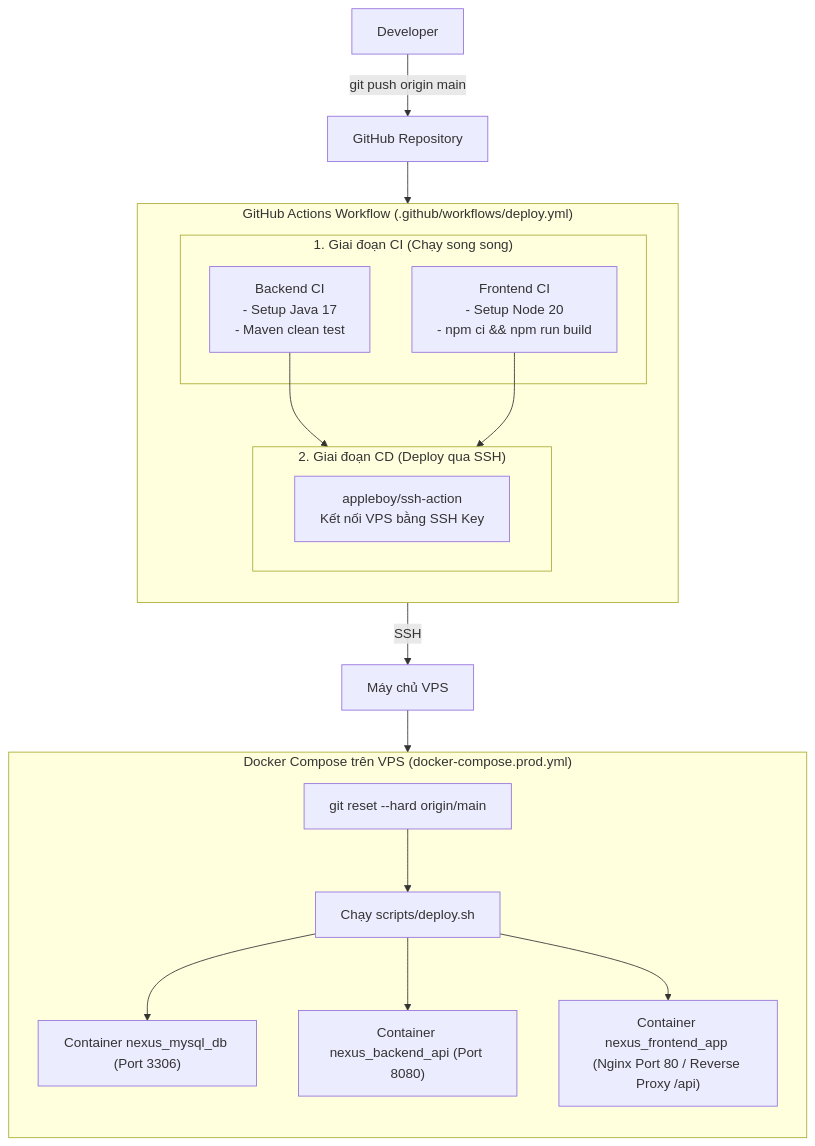
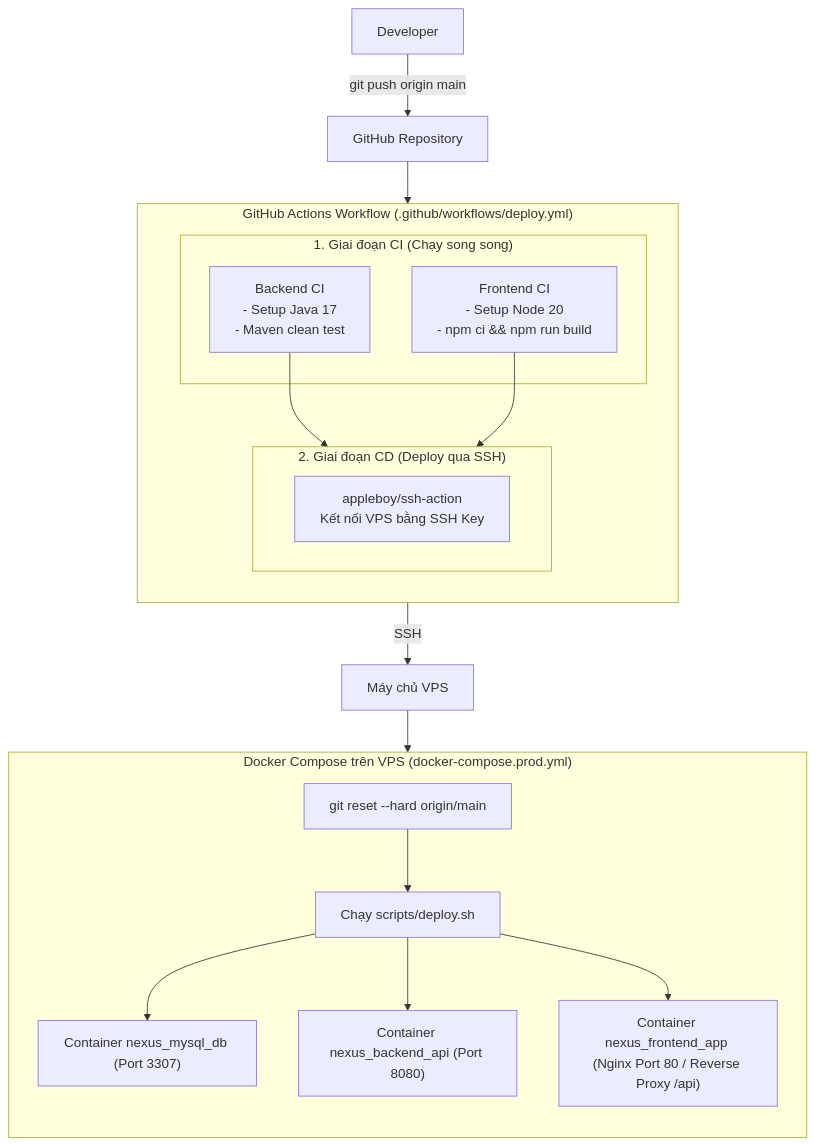
The diagram in project-nexus-portal/docs/CI_CD_DEPLOYMENT_GUIDE.md (luonghoangphat2001/project-nexus-portal), drawn with Mermaid before and after one commit. The commit also changed 5 other files, not shown here.

````diff
--- a/project-nexus-portal/docs/CI_CD_DEPLOYMENT_GUIDE.md
+++ b/project-nexus-portal/docs/CI_CD_DEPLOYMENT_GUIDE.md
@@ -9,38 +9,38 @@
 ```mermaid
 flowchart TD
     Dev["Developer"] -->|"git push origin main"| GitHub["GitHub Repository"]
     
     subgraph GitHub_Actions["GitHub Actions Workflow (.github/workflows/deploy.yml)"]
         direction TB
         subgraph CI["1. Giai đoạn CI (Chạy song song)"]
             BE_CI["Backend CI\n- Setup Java 17\n- Maven clean test"]
             FE_CI["Frontend CI\n- Setup Node 20\n- npm ci && npm run build"]
         end
         
         subgraph CD["2. Giai đoạn CD (Deploy qua SSH)"]
             SSH["appleboy/ssh-action\nKết nối VPS bằng SSH Key"]
         end
         
         BE_CI --> CD
         FE_CI --> CD
     end
 
     GitHub --> GitHub_Actions
     CD -->|"SSH"| VPS["Máy chủ VPS"]
     
     subgraph VPS_Docker["Docker Compose trên VPS (docker-compose.prod.yml)"]
         direction TB
         GitPull["git reset --hard origin/main"]
         DeployScript["Chạy scripts/deploy.sh"]
-        MySQL["Container nexus_mysql_db (Port 3306)"]
+        MySQL["Container nexus_mysql_db (Port 3307)"]
         BE["Container nexus_backend_api (Port 8080)"]
         FE["Container nexus_frontend_app (Nginx Port 80 / Reverse Proxy /api)"]
         
         GitPull --> DeployScript
         DeployScript --> MySQL
         DeployScript --> BE
         DeployScript --> FE
     end
 
     VPS --> VPS_Docker
 ```
````
